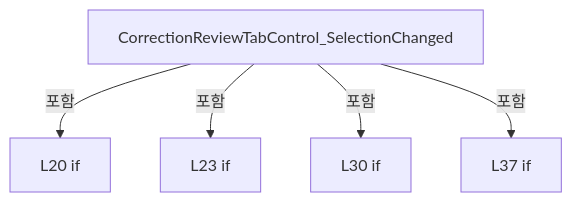
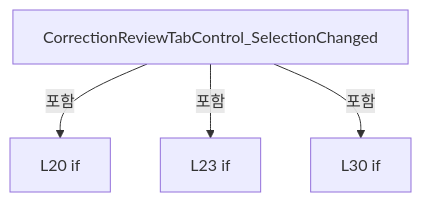
The first of 6 diagrams in A3 LD Code Ref/files/Drilling.UI/Views/CCorrectionView.xaml.cs.md (kjuws10-rgb/Shared), drawn with Mermaid before and after one commit. The commit also changed other lines of this file and 1984 other files, not shown here.

Commit message:
docs(a3): update 11.17.0 architecture and complete code reference

````diff
--- a/A3 LD Code Ref/files/Drilling.UI/Views/CCorrectionView.xaml.cs.md
+++ b/A3 LD Code Ref/files/Drilling.UI/Views/CCorrectionView.xaml.cs.md
@@ -155,12 +149,10 @@
 ```mermaid
 flowchart TD
  M["CorrectionReviewTabControl_SelectionChanged"]
  N0["L20 if"]
  M -->|포함| N0
  N1["L23 if"]
  M -->|포함| N1
  N2["L30 if"]
  M -->|포함| N2
- N3["L37 if"]
- M -->|포함| N3
 ```
````
